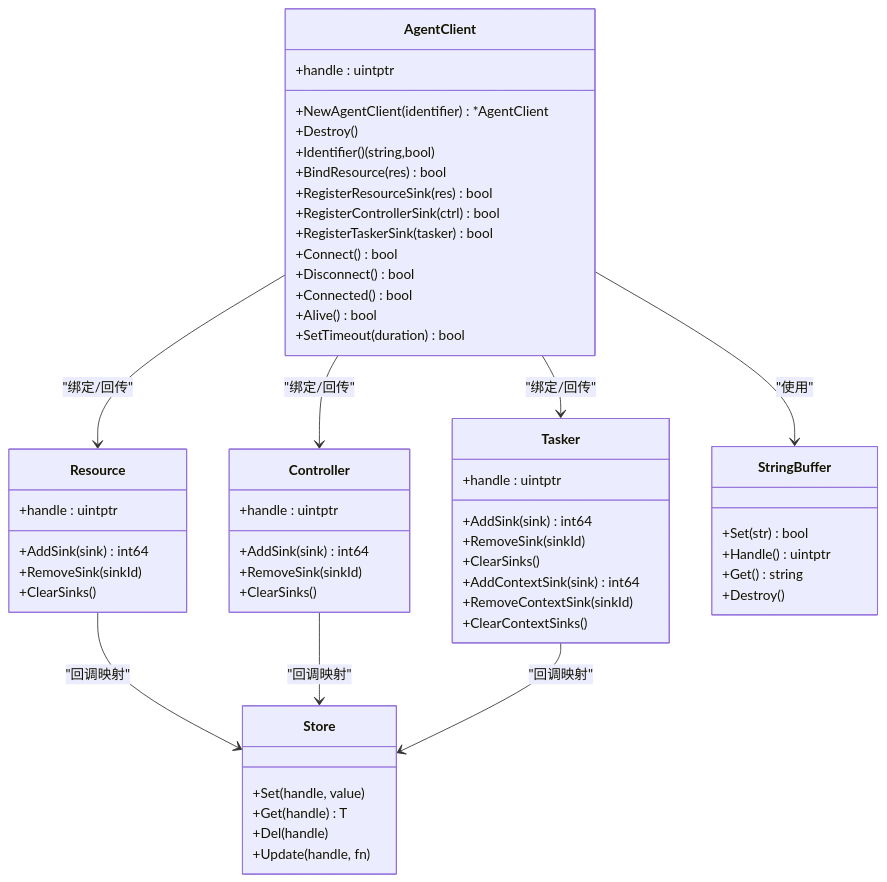
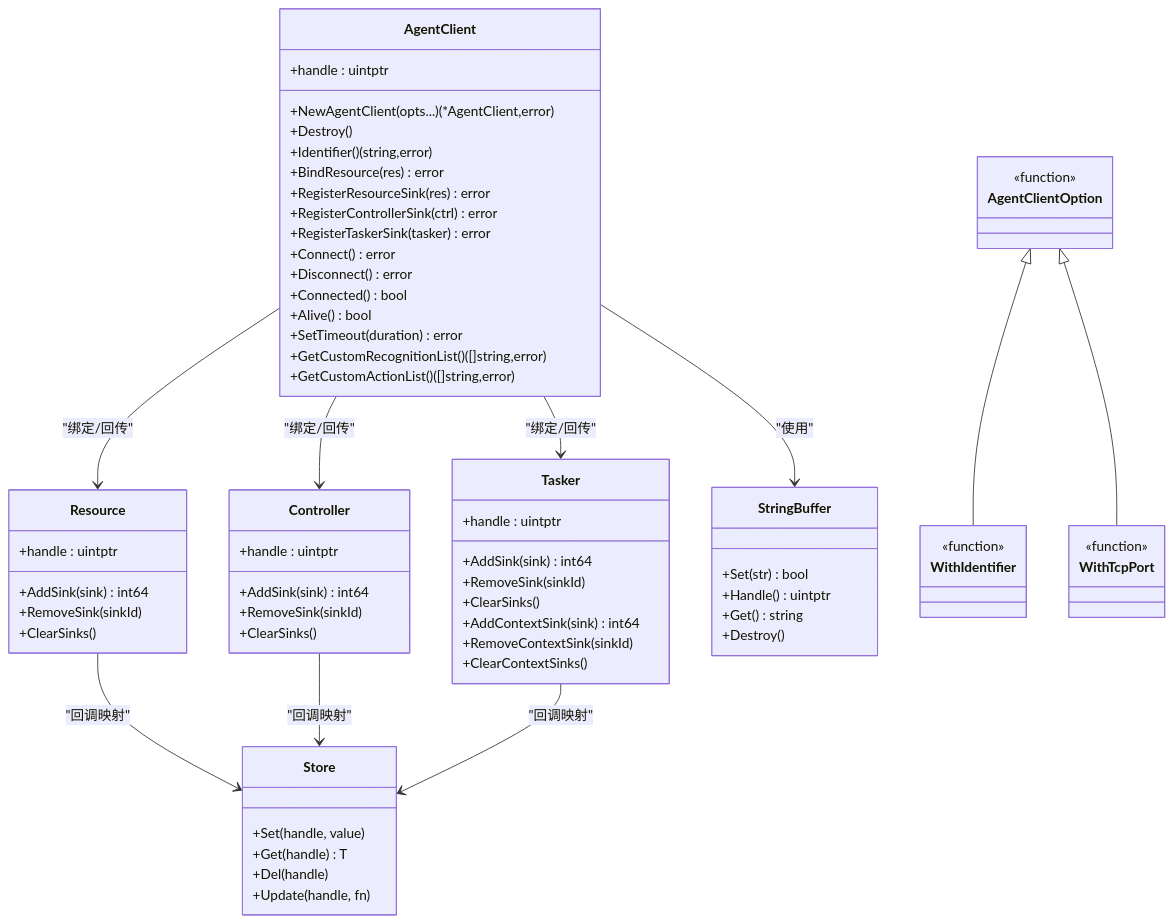
One commit to kqcoxn/MaaPipelineEditor changed the third of 3 diagrams in instructions/maafw-golang-binding/高级功能/Agent架构/Agent客户端.md. Above: the diagram before and after it, drawn with Mermaid. The commit also changed other lines of this file and 10 other files, not shown here.

````diff
--- a/instructions/maafw-golang-binding/高级功能/Agent架构/Agent客户端.md
+++ b/instructions/maafw-golang-binding/高级功能/Agent架构/Agent客户端.md
@@ -218,58 +268,71 @@
 ```mermaid
 classDiagram
 class AgentClient {
 +handle : uintptr
-+NewAgentClient(identifier) *AgentClient
++NewAgentClient(opts...) (*AgentClient,error)
 +Destroy()
-+Identifier() (string,bool)
-+BindResource(res) bool
-+RegisterResourceSink(res) bool
-+RegisterControllerSink(ctrl) bool
-+RegisterTaskerSink(tasker) bool
-+Connect() bool
-+Disconnect() bool
++Identifier() (string,error)
++BindResource(res) error
++RegisterResourceSink(res) error
++RegisterControllerSink(ctrl) error
++RegisterTaskerSink(tasker) error
++Connect() error
++Disconnect() error
 +Connected() bool
 +Alive() bool
-+SetTimeout(duration) bool
++SetTimeout(duration) error
++GetCustomRecognitionList() ([]string,error)
++GetCustomActionList() ([]string,error)
 }
 class Resource {
 +handle : uintptr
 +AddSink(sink) int64
 +RemoveSink(sinkId)
 +ClearSinks()
 }
 class Controller {
 +handle : uintptr
 +AddSink(sink) int64
 +RemoveSink(sinkId)
 +ClearSinks()
 }
 class Tasker {
 +handle : uintptr
 +AddSink(sink) int64
 +RemoveSink(sinkId)
 +ClearSinks()
 +AddContextSink(sink) int64
 +RemoveContextSink(sinkId)
 +ClearContextSinks()
 }
 class StringBuffer {
 +Set(str) bool
 +Handle() uintptr
 +Get() string
 +Destroy()
 }
 class Store {
 +Set(handle, value)
 +Get(handle) T
 +Del(handle)
 +Update(handle, fn)
 }
+class AgentClientOption {
+<<function>>
+}
+class WithIdentifier {
+<<function>>
+}
+class WithTcpPort {
+<<function>>
+}
 AgentClient --> StringBuffer : "使用"
 AgentClient --> Resource : "绑定/回传"
 AgentClient --> Controller : "绑定/回传"
 AgentClient --> Tasker : "绑定/回传"
 Resource --> Store : "回调映射"
 Controller --> Store : "回调映射"
 Tasker --> Store : "回调映射"
+AgentClientOption <|-- WithIdentifier
+AgentClientOption <|-- WithTcpPort
 ```
````
